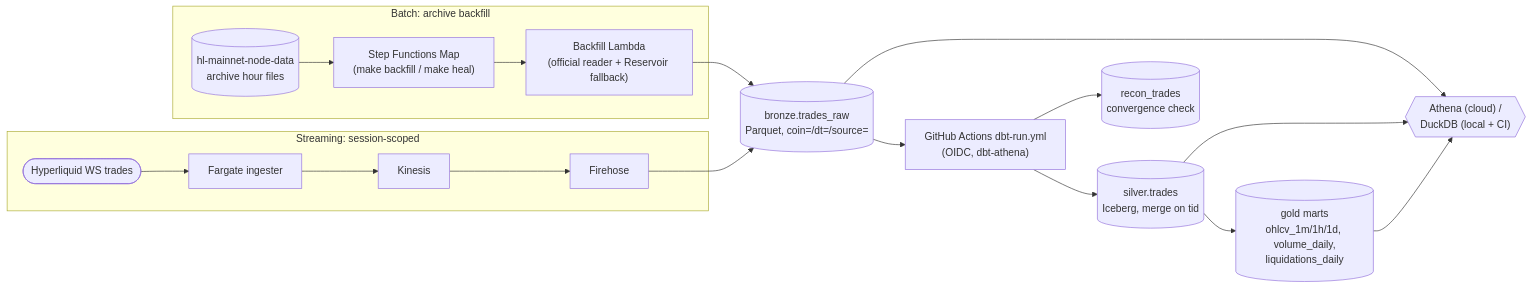
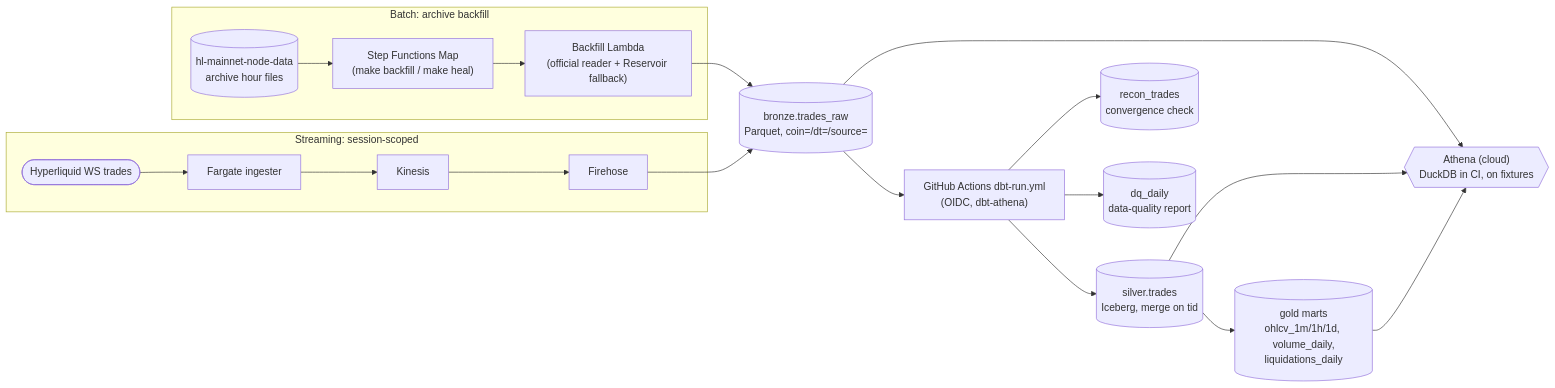
One commit to noahwins-ng/hyperlake changed the diagram in README.md. Above: the diagram before and after it, drawn with Mermaid. The commit also changed other lines of this file, not shown here.

First line of the commit message:
docs: tighten the README's proof section and add dq_daily to the diagram (#98)

````diff
--- a/README.md
+++ b/README.md
@@ -47,25 +47,26 @@
 ```mermaid
 flowchart LR
     subgraph batch["Batch: archive backfill"]
         ARC[("hl-mainnet-node-data<br/>archive hour files")] --> SFN["Step Functions Map<br/>(make backfill / make heal)"]
         SFN --> LAM["Backfill Lambda<br/>(official reader + Reservoir fallback)"]
     end
 
     subgraph live["Streaming: session-scoped"]
         WS(["Hyperliquid WS trades"]) --> FARGATE["Fargate ingester"]
         FARGATE --> KIN["Kinesis"]
         KIN --> FH["Firehose"]
     end
 
     LAM --> BRONZE[("bronze.trades_raw<br/>Parquet, coin=/dt=/source=")]
     FH --> BRONZE
 
     BRONZE --> DBT["GitHub Actions dbt-run.yml<br/>(OIDC, dbt-athena)"]
     DBT --> SILVER[("silver.trades<br/>Iceberg, merge on tid")]
     DBT --> RECON[("recon_trades<br/>convergence check")]
     SILVER --> GOLD[("gold marts<br/>ohlcv_1m/1h/1d, volume_daily,<br/>liquidations_daily")]
+    DBT --> DQ[("dq_daily<br/>data-quality report")]
 
-    BRONZE --> ATHENA{{"Athena (cloud) /<br/>DuckDB (local + CI)"}}
+    BRONZE --> ATHENA{{"Athena (cloud)<br/>DuckDB in CI, on fixtures"}}
     SILVER --> ATHENA
     GOLD --> ATHENA
 ```
````
